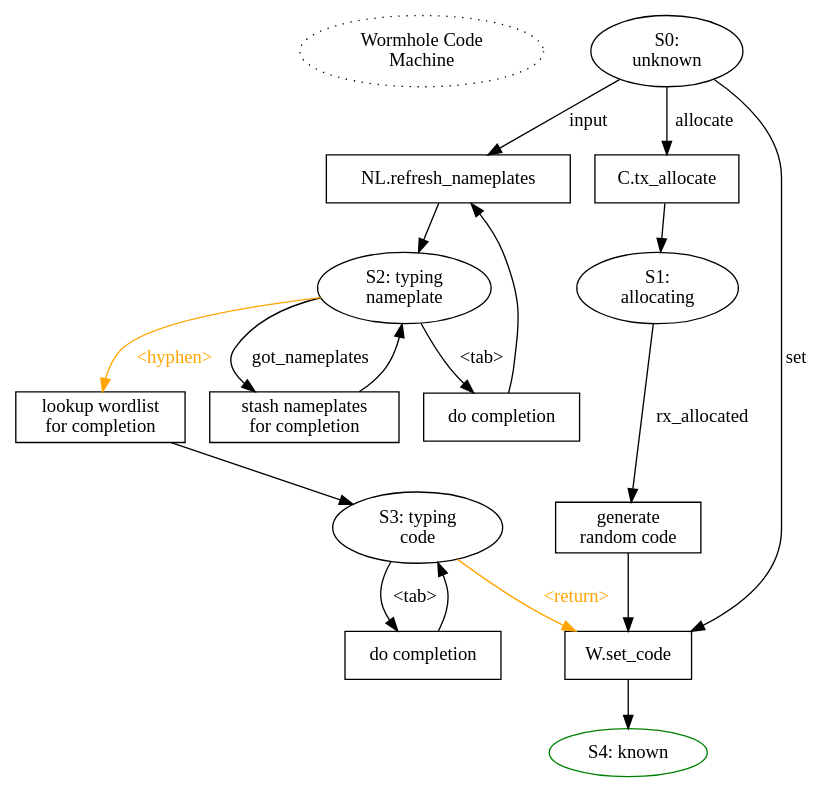
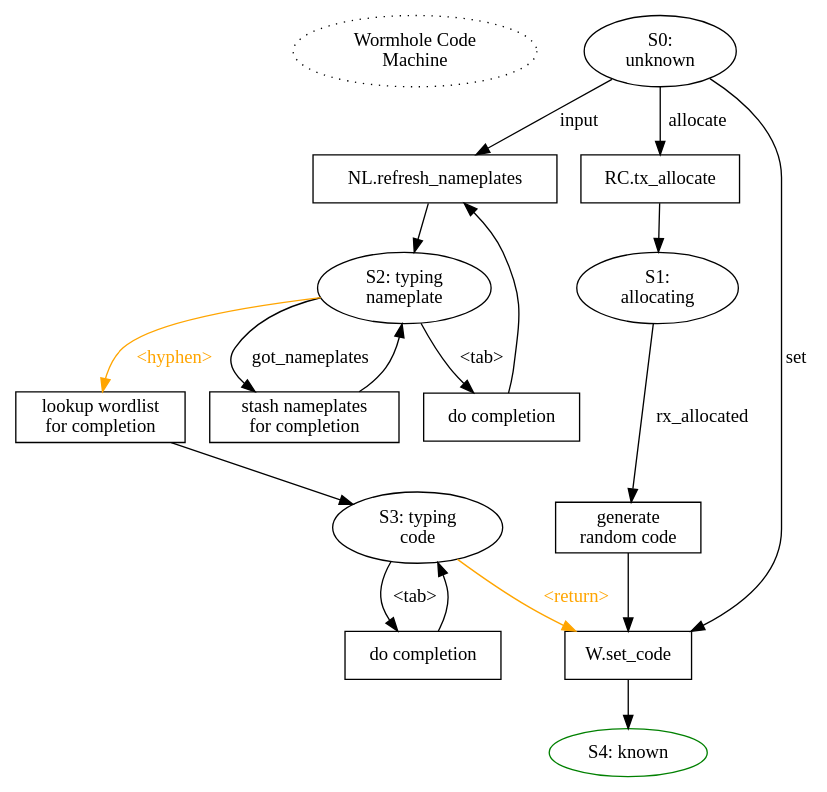
One commit to magic-wormhole/magic-wormhole changed the diagram in docs/code.dot. Above: the diagram before and after it, drawn with Graphviz. The commit also changed 3 other files, not shown here.

```diff
--- a/docs/code.dot
+++ b/docs/code.dot
@@ -1,46 +1,46 @@
 digraph {
 
         start [label="Wormhole Code\nMachine" style="dotted"]
         {rank=same; start S0}
         {rank=same; P0_list_nameplates P0_allocate}
         {rank=same; S1 S2}
         {rank=same; S3 P1_generate}
         start -> S0 [style="invis"]
         S0 [label="S0:\nunknown"]
         S0 -> P0_set_code [label="set"]
         P0_set_code [shape="box" label="W.set_code"]
         P0_set_code -> S4
         S4 [label="S4: known" color="green"]
 
         S0 -> P0_list_nameplates [label="input"]
         S2 [label="S2: typing\nnameplate"]
 
         S2 -> P2_completion [label="<tab>"]
         P2_completion [shape="box" label="do completion"]
         P2_completion -> P0_list_nameplates
         P0_list_nameplates [shape="box" label="NL.refresh_nameplates"]
         P0_list_nameplates -> S2
 
         S2 -> P2_got_nameplates [label="got_nameplates"]
         P2_got_nameplates [shape="box" label="stash nameplates\nfor completion"]
         P2_got_nameplates -> S2
         S2 -> P2_finish [label="<hyphen>" color="orange" fontcolor="orange"]
         P2_finish [shape="box" label="lookup wordlist\nfor completion"]
         P2_finish -> S3
         S3 [label="S3: typing\ncode"]
         S3 -> P3_completion [label="<tab>"]
         P3_completion [shape="box" label="do completion"]
         P3_completion -> S3
 
         S3 -> P0_set_code [label="<return>"
                            color="orange" fontcolor="orange"]
 
         S0 -> P0_allocate [label="allocate"]
-        P0_allocate [shape="box" label="C.tx_allocate"]
+        P0_allocate [shape="box" label="RC.tx_allocate"]
         P0_allocate -> S1
         S1 [label="S1:\nallocating"]
         S1 -> P1_generate [label="rx_allocated"]
         P1_generate [shape="box" label="generate\nrandom code"]
         P1_generate -> P0_set_code
         
 }
```
